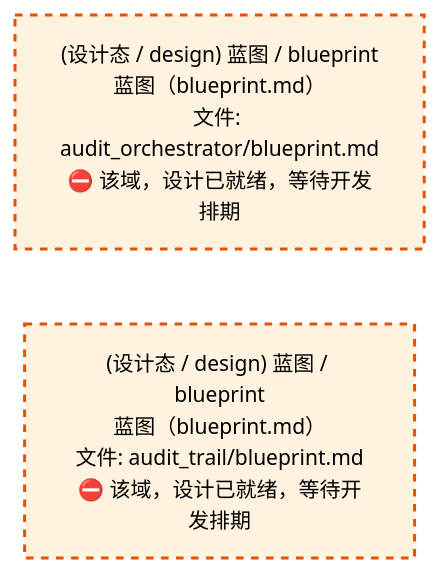
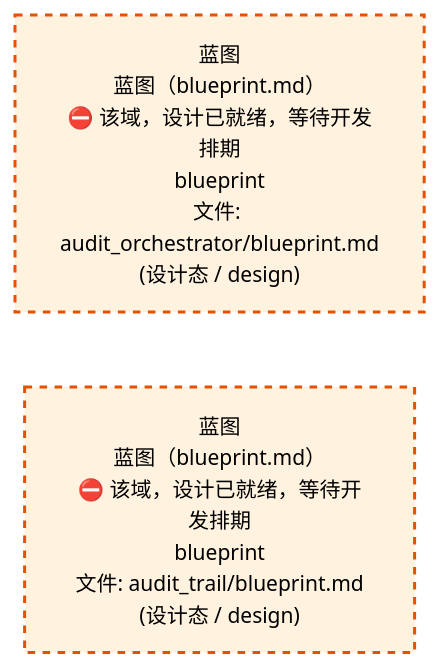
The third of 4 diagrams in docs/02_enterprise_architecture/02_domain_architecture_docs/50_d_gov_audit.md (xuanFelixVan/ZephyrAlpha), drawn with Mermaid before and after one commit. The commit also changed other lines of this file and 62 other files, not shown here.

````diff
--- a/docs/02_enterprise_architecture/02_domain_architecture_docs/50_d_gov_audit.md
+++ b/docs/02_enterprise_architecture/02_domain_architecture_docs/50_d_gov_audit.md
@@ -806,12 +807,12 @@
 ```mermaid
 %%{init: {'theme': 'base', 'themeVariables': {'primaryColor': '#eaeaea', 'primaryTextColor': '#333333', 'primaryBorderColor': '#666666', 'lineColor': '#666666', 'secondaryColor': '#eaeaea', 'tertiaryColor': '#eaeaea', 'fontSize': '14px'}}}%%
 flowchart TD
-    docs_03_modules_cross_layer_audit_orchestrator_blueprint_md["(设计态 / design) 蓝图 / blueprint<br/>蓝图（blueprint.md）<br/>文件: audit_orchestrator/blueprint.md<br/>⛔ 该域，设计已就绪，等待开发排期"]
-    docs_03_modules_domain_governance_audit_trail_blueprint_md["(设计态 / design) 蓝图 / blueprint<br/>蓝图（blueprint.md）<br/>文件: audit_trail/blueprint.md<br/>⛔ 该域，设计已就绪，等待开发排期"]
+    docs_03_modules_cross_layer_audit_orchestrator_blueprint_md["蓝图<br/>蓝图（blueprint.md）<br/>⛔ 该域，设计已就绪，等待开发排期<br/>blueprint<br/>文件: audit_orchestrator/blueprint.md<br/>(设计态 / design)"]
+    docs_03_modules_domain_governance_audit_trail_blueprint_md["蓝图<br/>蓝图（blueprint.md）<br/>⛔ 该域，设计已就绪，等待开发排期<br/>blueprint<br/>文件: audit_trail/blueprint.md<br/>(设计态 / design)"]
     docs_03_modules_cross_layer_audit_orchestrator_blueprint_md ~~~ docs_03_modules_domain_governance_audit_trail_blueprint_md
     classDef production fill:#e1f5fe,stroke:#01579b,stroke-width:2px,color:#000
     classDef design fill:#fff3e0,stroke:#e65100,stroke-width:2px,color:#000,stroke-dasharray: 5 5
     classDef external_prod fill:#e8f4fd,stroke:#0277bd,stroke-width:1px,color:#000
     classDef external_design fill:#fff8e7,stroke:#ef6c00,stroke-width:1px,color:#000,stroke-dasharray: 5 5
     class docs_03_modules_cross_layer_audit_orchestrator_blueprint_md,docs_03_modules_domain_governance_audit_trail_blueprint_md design
 ```
````
